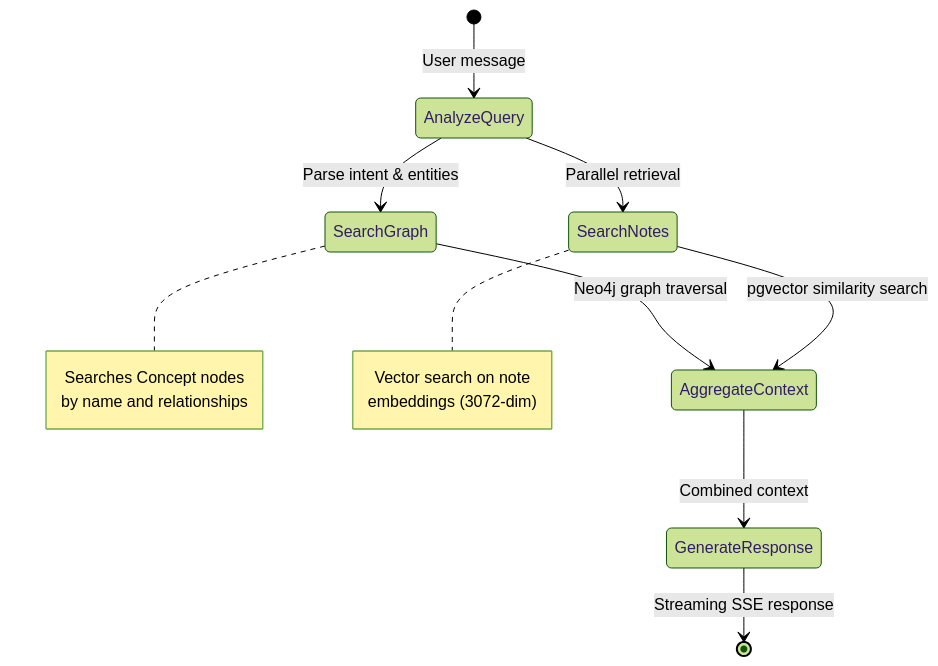
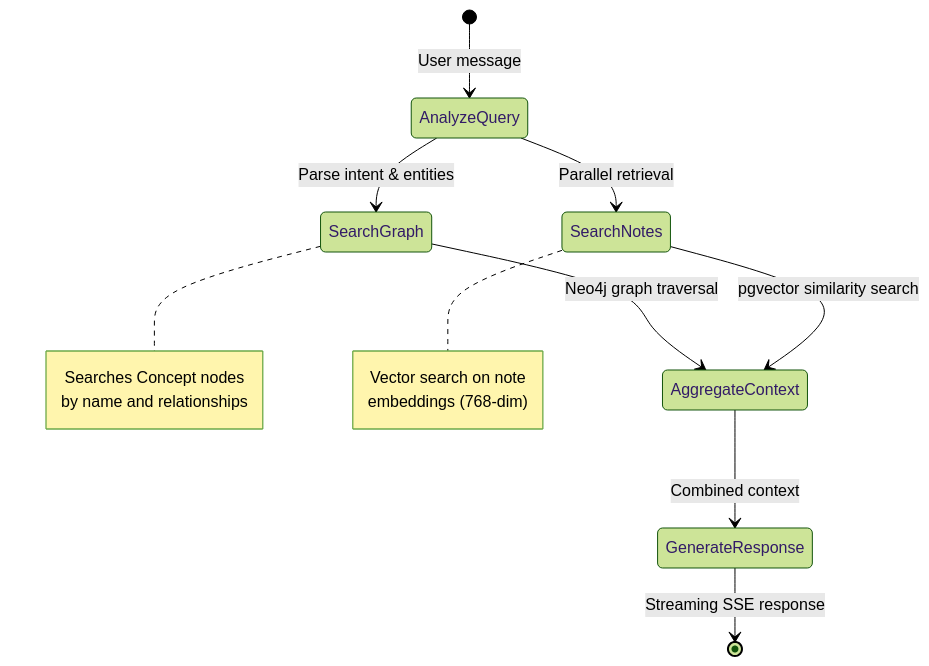
One commit to usnaveen/GraphRecall changed the seventh of 7 diagrams in README.md. Above: the diagram before and after it, drawn with Mermaid (forest theme). The commit also changed other lines of this file and 6 other files, not shown here.

````diff
--- a/README.md
+++ b/README.md
@@ -711,23 +770,23 @@
 ```mermaid
 stateDiagram-v2
     [*] --> AnalyzeQuery: User message
 
     AnalyzeQuery --> SearchGraph: Parse intent & entities
     AnalyzeQuery --> SearchNotes: Parallel retrieval
 
     SearchGraph --> AggregateContext: Neo4j graph traversal
     SearchNotes --> AggregateContext: pgvector similarity search
 
     AggregateContext --> GenerateResponse: Combined context
     GenerateResponse --> [*]: Streaming SSE response
 
     note right of SearchGraph
         Searches Concept nodes
         by name and relationships
     end note
 
     note right of SearchNotes
         Vector search on note
-        embeddings (3072-dim)
+        embeddings (768-dim)
     end note
 ```
````
